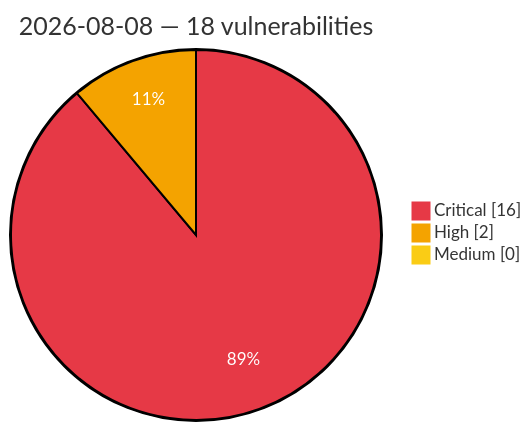
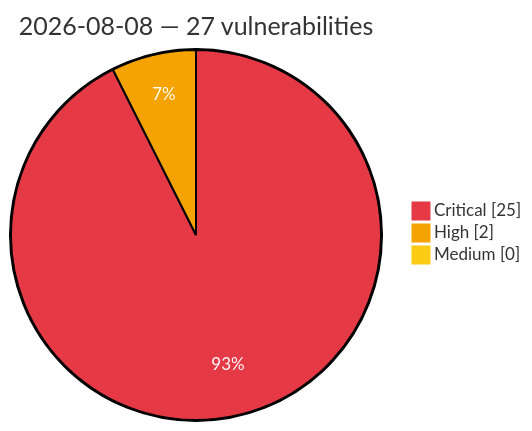
The diagram in vulnerabilities/2026/August/2026-08-08.md (GhostX0X/vuln-tracker), drawn with Mermaid before and after one commit. The commit also changed other lines of this file and 5 other files, not shown here.

````diff
--- a/vulnerabilities/2026/August/2026-08-08.md
+++ b/vulnerabilities/2026/August/2026-08-08.md
@@ -3,8 +3,8 @@
 ```mermaid
 %%{init: {'theme':'base', 'themeVariables': {'pie1':'#e63946', 'pie2':'#f4a300', 'pie3':'#facc15', 'pieOpacity':'1', 'pieOuterStrokeWidth':'2px', 'pieSectionTextColor':'#ffffff'}}}%%
 pie showData
-    title 2026-08-08 — 18 vulnerabilities
-    "Critical" : 16
+    title 2026-08-08 — 27 vulnerabilities
+    "Critical" : 25
     "High" : 2
     "Medium" : 0
 ```
````
